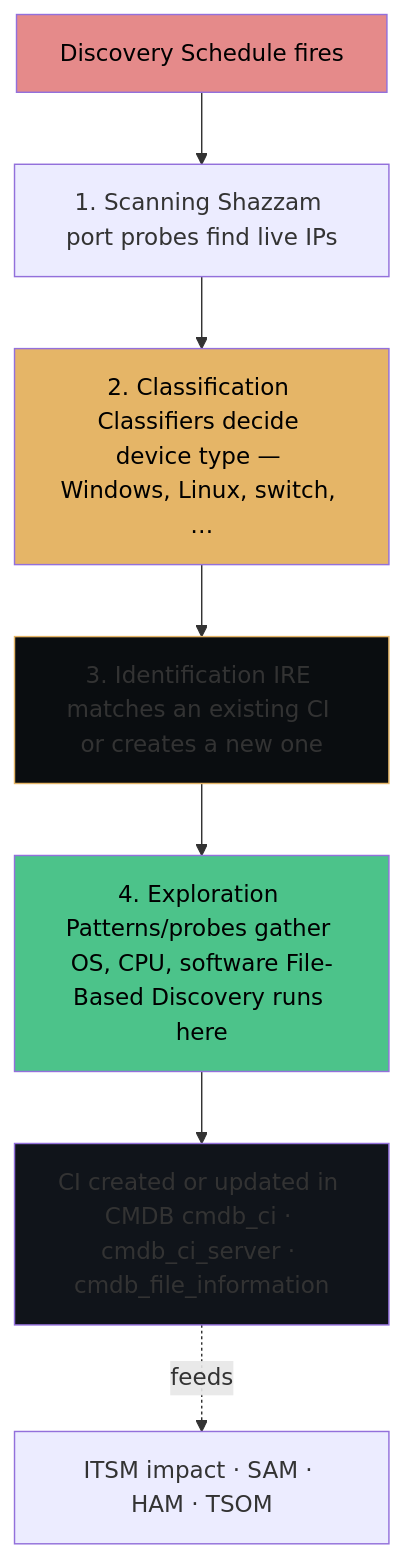
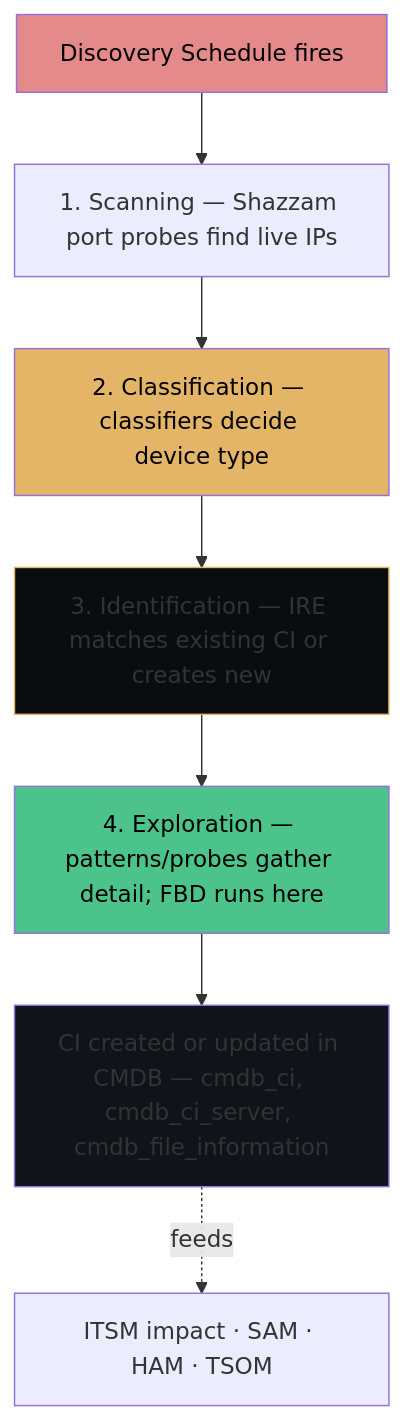
Before and after one commit to eltonaguiar/ServiceNow_Learning_TSOM-_CSM_FSM_SalesCRM_HAM_ITSM: the first of 2 diagrams in docs/modules/discovery/discovery-guide.md, drawn with Mermaid. The commit also changed other lines of this file, not shown here.

First line of the commit message:
docs(discovery): restructure discovery guide with beginner-first path

````diff
--- a/docs/modules/discovery/discovery-guide.md
+++ b/docs/modules/discovery/discovery-guide.md
@@ -291,17 +149,15 @@
 ```mermaid
 flowchart TD
-    Start[Discovery Schedule fires] --> Scan[1. Scanning Shazzam port probes find live IPs]
-    Scan --> Classify[2. Classification Classifiers decide device type — Windows, Linux, switch, …]
-    Classify --> Identify[3. Identification IRE matches an existing CI or creates a new one]
-    Identify --> Explore[4. Exploration Patterns/probes gather OS, CPU, software File-Based Discovery runs here]
-    Explore --> CI[CI created or updated in CMDB cmdb_ci · cmdb_ci_server · cmdb_file_information]
+    Start[Discovery Schedule fires] --> Scan[1. Scanning — Shazzam port probes find live IPs]
+    Scan --> Classify[2. Classification — classifiers decide device type]
+    Classify --> Identify[3. Identification — IRE matches existing CI or creates new]
+    Identify --> Explore[4. Exploration — patterns/probes gather detail; FBD runs here]
+    Explore --> CI[CI created or updated in CMDB — cmdb_ci, cmdb_ci_server, cmdb_file_information]
     CI -.->|feeds| Downstream[ITSM impact · SAM · HAM · TSOM]
 
     style Start fill:#e58a8a,color:#000
     style Classify fill:#e5b567,color:#000
     style Identify fill:#0a0d10,stroke:#e5b567
     style Explore fill:#4cc38a,color:#000
     style CI fill:#10141a
-
-
 ```
````
